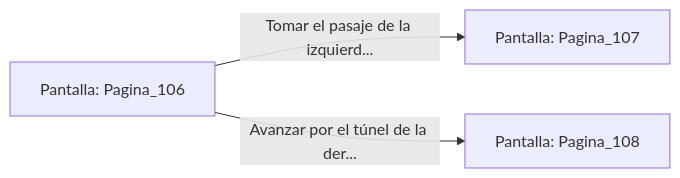
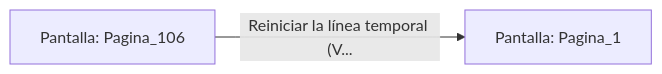
Before and after one commit to metsuke/mpl: the diagram in sample/eligejuego-vault/Pantalla_Pagina_106.md, drawn with Mermaid. The commit also changed other lines of this file and 635 other files, not shown here.

First line of the commit message:
fix: añadir Pagina_1 como pantalla inicial en capitulo_01.mpl

````diff
--- a/sample/eligejuego-vault/Pantalla_Pagina_106.md
+++ b/sample/eligejuego-vault/Pantalla_Pagina_106.md
@@ -20,6 +17,5 @@
 ```mermaid
 graph LR
     P_Pagina_106["Pantalla: Pagina_106"]
-    P_Pagina_106 -->|"Tomar el pasaje de la izquierd..."| P_Pagina_107["Pantalla: Pagina_107"]
-    P_Pagina_106 -->|"Avanzar por el túnel de la der..."| P_Pagina_108["Pantalla: Pagina_108"]
+    P_Pagina_106 -->|"Reiniciar la línea temporal (V..."| P_Pagina_1["Pantalla: Pagina_1"]
 ```
````
